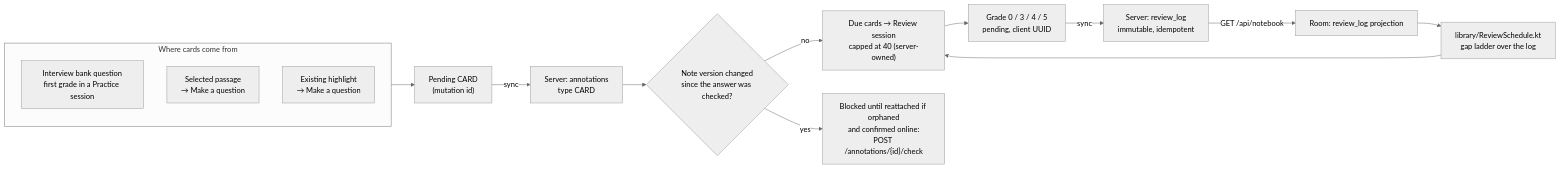
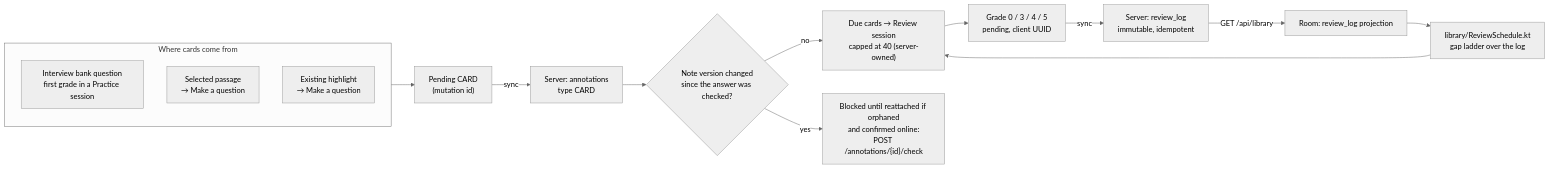
Diagram 11 of 12 in docs/architecture.md (jaxwong/reporead), drawn with Mermaid (neutral theme) before and after one commit. The commit also changed other lines of this file and 4 other files, not shown here.

````diff
--- a/docs/architecture.md
+++ b/docs/architecture.md
@@ -501,24 +509,24 @@
 ```mermaid
 flowchart LR
     subgraph Sources["Where cards come from"]
         Bank["Interview bank question<br/>first grade in a Practice session"]
         Sel["Selected passage<br/>→ Make a question"]
         HL["Existing highlight<br/>→ Make a question"]
     end
 
     Card["Pending CARD<br/>(mutation id)"]
     Sources --> Card
     Card -- "sync" --> SrvCard["Server: annotations<br/>type CARD"]
 
     Grade["Grade 0 / 3 / 4 / 5<br/>pending, client UUID"]
     Grade -- "sync" --> Log["Server: review_log<br/>immutable, idempotent"]
-    Log -- "GET /api/notebook" --> Proj["Room: review_log projection"]
+    Log -- "GET /api/library" --> Proj["Room: review_log projection"]
     Proj --> Ladder["library/ReviewSchedule.kt<br/>gap ladder over the log"]
     Ladder --> Due["Due cards → Review session<br/>capped at 40 (server-owned)"]
     Due --> Grade
 
     Changed{"Note version changed<br/>since the answer was checked?"}
     SrvCard --> Changed
     Changed -- "yes" --> Check["Blocked until reattached if orphaned<br/>and confirmed online:<br/>POST /annotations/{id}/check"]
     Changed -- "no" --> Due
 ```
````
